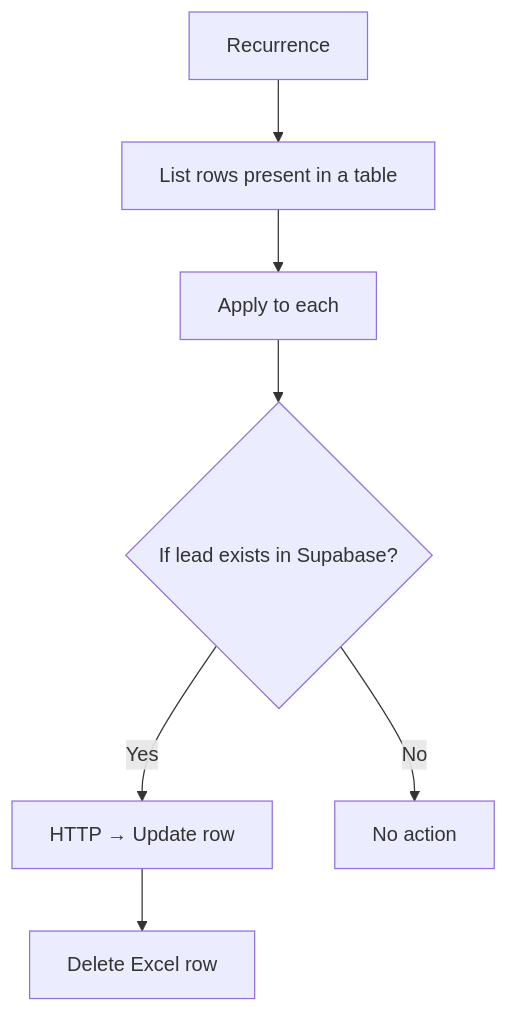
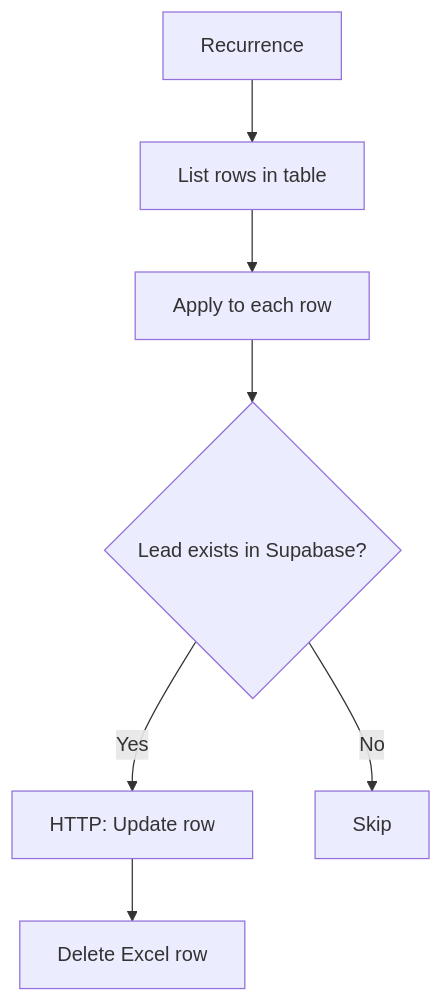
Before and after one commit to shubh6-max/warm-lead-analyzer: the first of 3 diagrams in README.md, drawn with Mermaid.

````diff
--- a/README.md
+++ b/README.md
@@ -37,9 +37,9 @@
 ```mermaid
 flowchart TD
-    A["Recurrence"] --> B["List rows present in a table"]
-    B --> C["Apply to each"]
-    C --> D{"If lead exists in Supabase?"}
-    D -- Yes --> E["HTTP → Update row"]
+    A["Recurrence"] --> B["List rows in table"]
+    B --> C["Apply to each row"]
+    C --> D{"Lead exists in Supabase?"}
+    D -- Yes --> E["HTTP: Update row"]
     E --> F["Delete Excel row"]
-    D -- No --> G["No action"]
+    D -- No --> G["Skip"]
 ```
````
